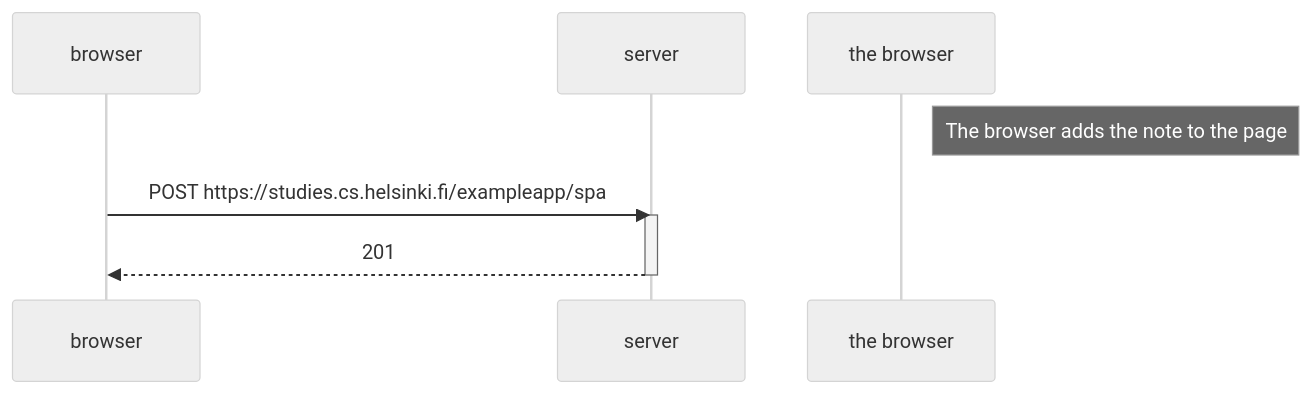
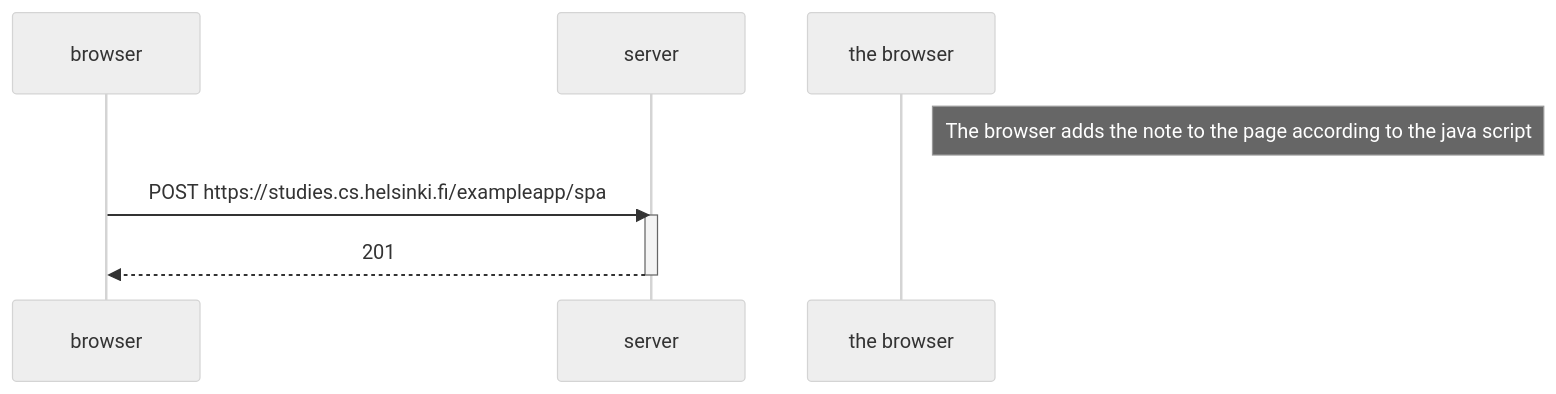
One commit to JaakkoHeii/FullStackCourse changed the diagram in Part0/0.6.md. Above: the diagram before and after it, drawn with Mermaid (neutral theme).

````diff
--- a/Part0/0.6.md
+++ b/Part0/0.6.md
@@ -1,13 +1,13 @@
 ```mermaid
     sequenceDiagram
     participant browser
     participant server
 
-Note right of the browser: The browser adds the note to the page
+Note right of the browser: The browser adds the note to the page according to the java script
 
     browser->>server: POST https://studies.cs.helsinki.fi/exampleapp/spa
     activate server
     server-->>browser: 201
     deactivate server
 
 ```
````
